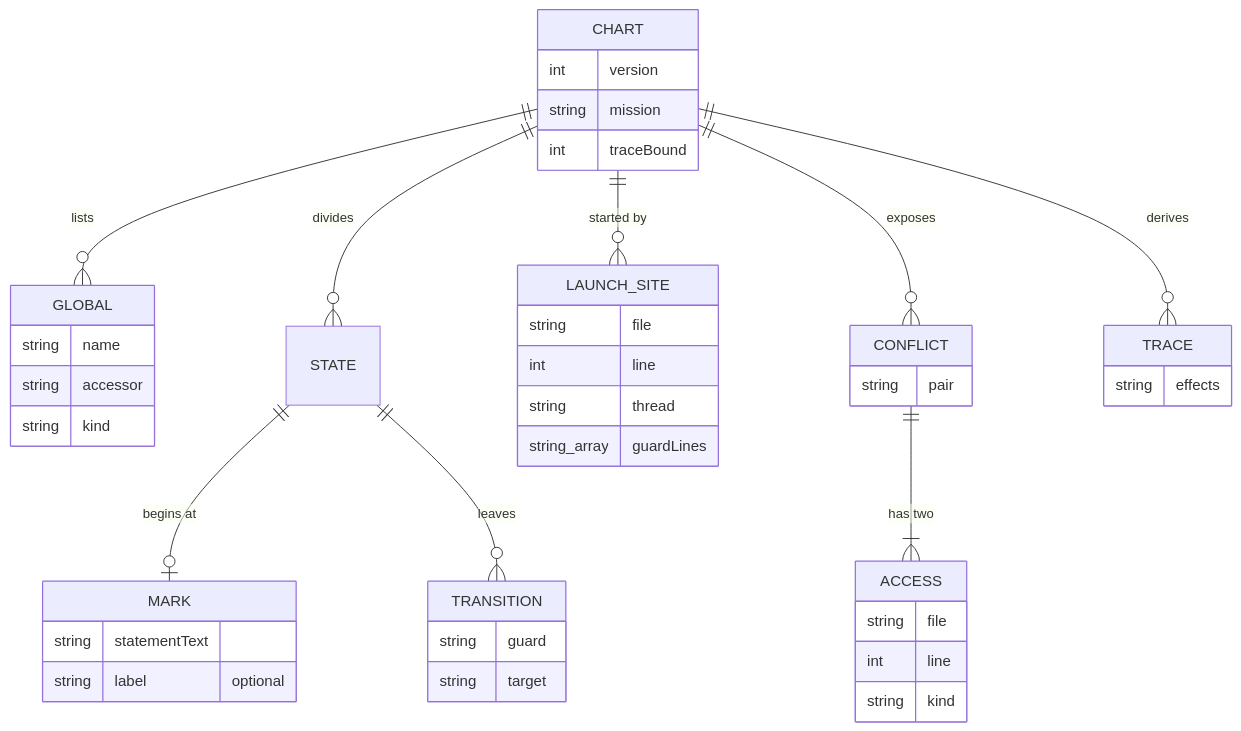
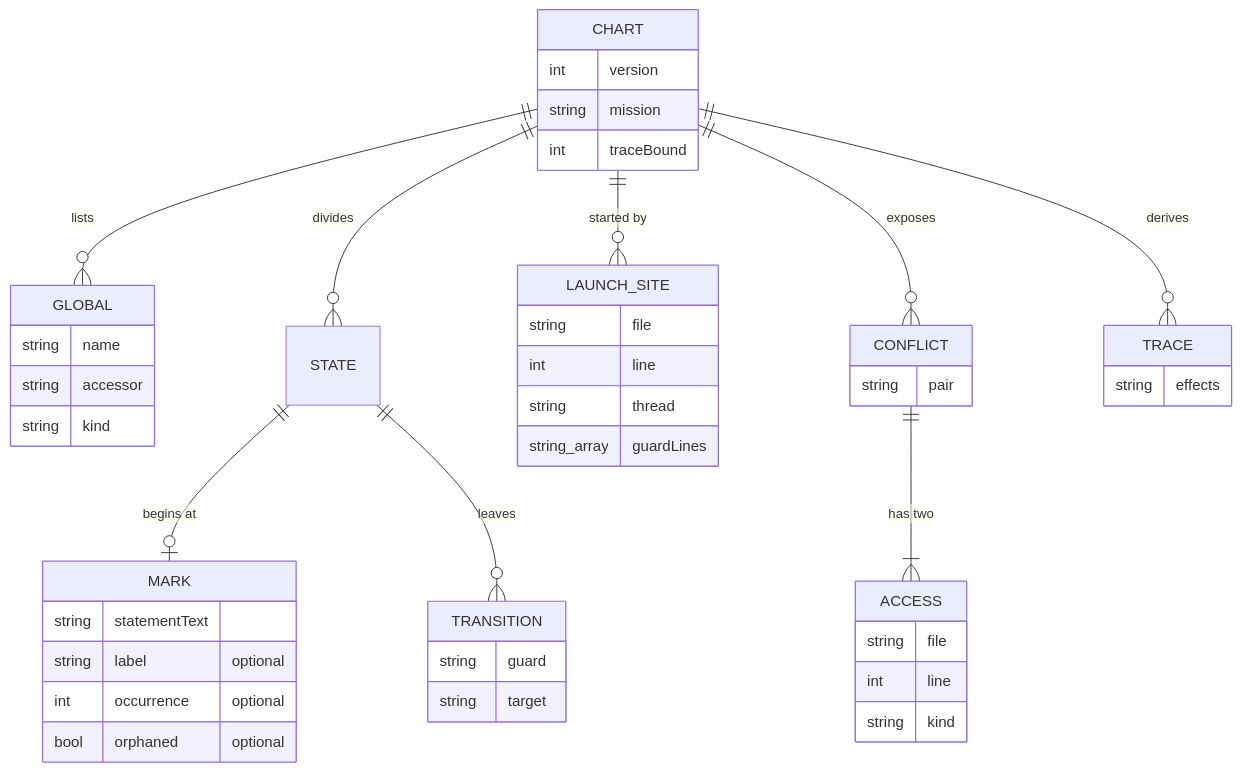
Before and after one commit to chances/eventide-chronicles: the second of 3 diagrams in .agents/plans/mission-baseline.md, drawn with Mermaid. The commit also changed other lines of this file and 15 other files, not shown here.

First line of the commit message:
Add mission chart globals and marks merger

````diff
--- a/.agents/plans/mission-baseline.md
+++ b/.agents/plans/mission-baseline.md
@@ -88,46 +88,48 @@
 ```mermaid
 erDiagram
     CHART ||--o{ GLOBAL : lists
     CHART ||--o{ STATE : divides
     CHART ||--o{ LAUNCH_SITE : "started by"
     CHART ||--o{ CONFLICT : exposes
     CHART ||--o{ TRACE : derives
     STATE ||--o| MARK : "begins at"
     STATE ||--o{ TRANSITION : leaves
     CONFLICT ||--|{ ACCESS : "has two"
     CHART {
         int version
         string mission
         int traceBound
     }
     GLOBAL {
         string name
         string accessor
         string kind
     }
     MARK {
         string statementText
         string label "optional"
+        int occurrence "optional"
+        bool orphaned "optional"
     }
     TRANSITION {
         string guard
         string target
     }
     LAUNCH_SITE {
         string file
         int line
         string thread
         string_array guardLines
     }
     CONFLICT {
         string pair
     }
     ACCESS {
         string file
         int line
         string kind
     }
     TRACE {
         string effects
     }
 ```
````
